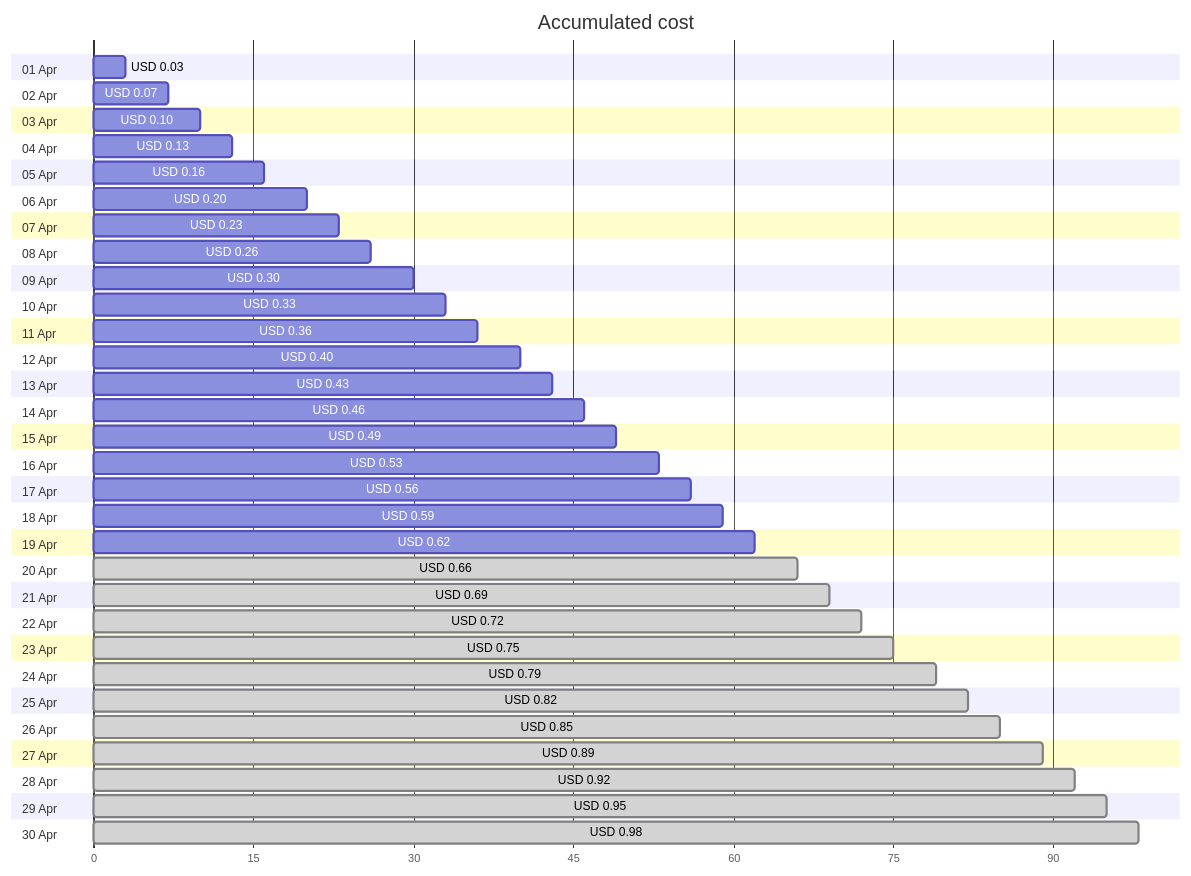
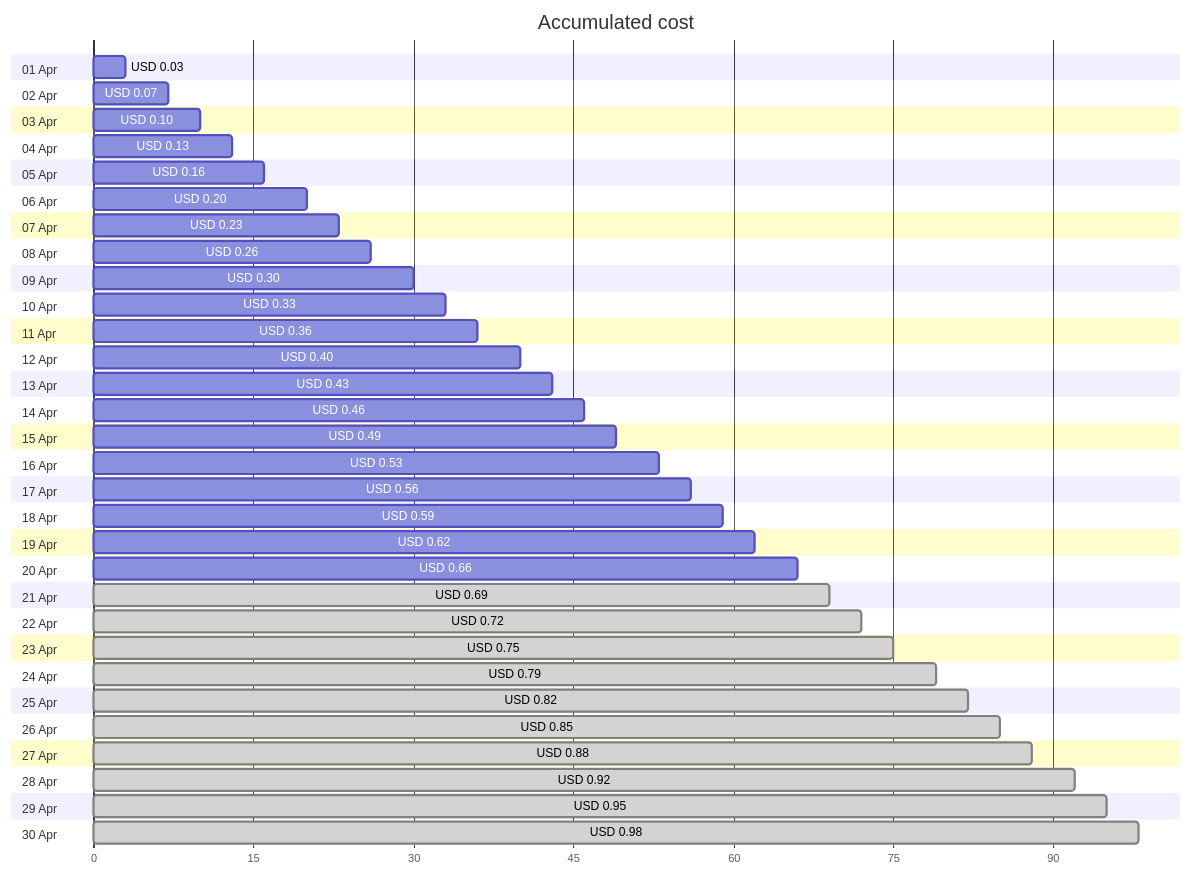
The first of 4 diagrams in cost-reports/personal-dns/README.md (jpfulton/azure-personal-reports), drawn with Mermaid before and after one commit. The commit also changed other lines of this file and 2 other files, not shown here.

````diff
--- a/cost-reports/personal-dns/README.md
+++ b/cost-reports/personal-dns/README.md
@@ -20,66 +20,66 @@
 ```mermaid
 gantt
    title Accumulated cost
    dateFormat  X
    axisFormat %s
    section 01 Apr
    USD 0.03 :0, 3
    section 02 Apr
    USD 0.07 :0, 7
    section 03 Apr
    USD 0.10 :0, 10
    section 04 Apr
    USD 0.13 :0, 13
    section 05 Apr
    USD 0.16 :0, 16
    section 06 Apr
    USD 0.20 :0, 20
    section 07 Apr
    USD 0.23 :0, 23
    section 08 Apr
    USD 0.26 :0, 26
    section 09 Apr
    USD 0.30 :0, 30
    section 10 Apr
    USD 0.33 :0, 33
    section 11 Apr
    USD 0.36 :0, 36
    section 12 Apr
    USD 0.40 :0, 40
    section 13 Apr
    USD 0.43 :0, 43
    section 14 Apr
    USD 0.46 :0, 46
    section 15 Apr
    USD 0.49 :0, 49
    section 16 Apr
    USD 0.53 :0, 53
    section 17 Apr
    USD 0.56 :0, 56
    section 18 Apr
    USD 0.59 :0, 59
    section 19 Apr
    USD 0.62 :0, 62
    section 20 Apr
-   USD 0.66 : done, 0, 66
+   USD 0.66 :0, 66
    section 21 Apr
    USD 0.69 : done, 0, 69
    section 22 Apr
    USD 0.72 : done, 0, 72
    section 23 Apr
    USD 0.75 : done, 0, 75
    section 24 Apr
    USD 0.79 : done, 0, 79
    section 25 Apr
    USD 0.82 : done, 0, 82
    section 26 Apr
    USD 0.85 : done, 0, 85
    section 27 Apr
-   USD 0.89 : done, 0, 89
+   USD 0.88 : done, 0, 88
    section 28 Apr
    USD 0.92 : done, 0, 92
    section 29 Apr
    USD 0.95 : done, 0, 95
    section 30 Apr
    USD 0.98 : done, 0, 98
 ```
````
